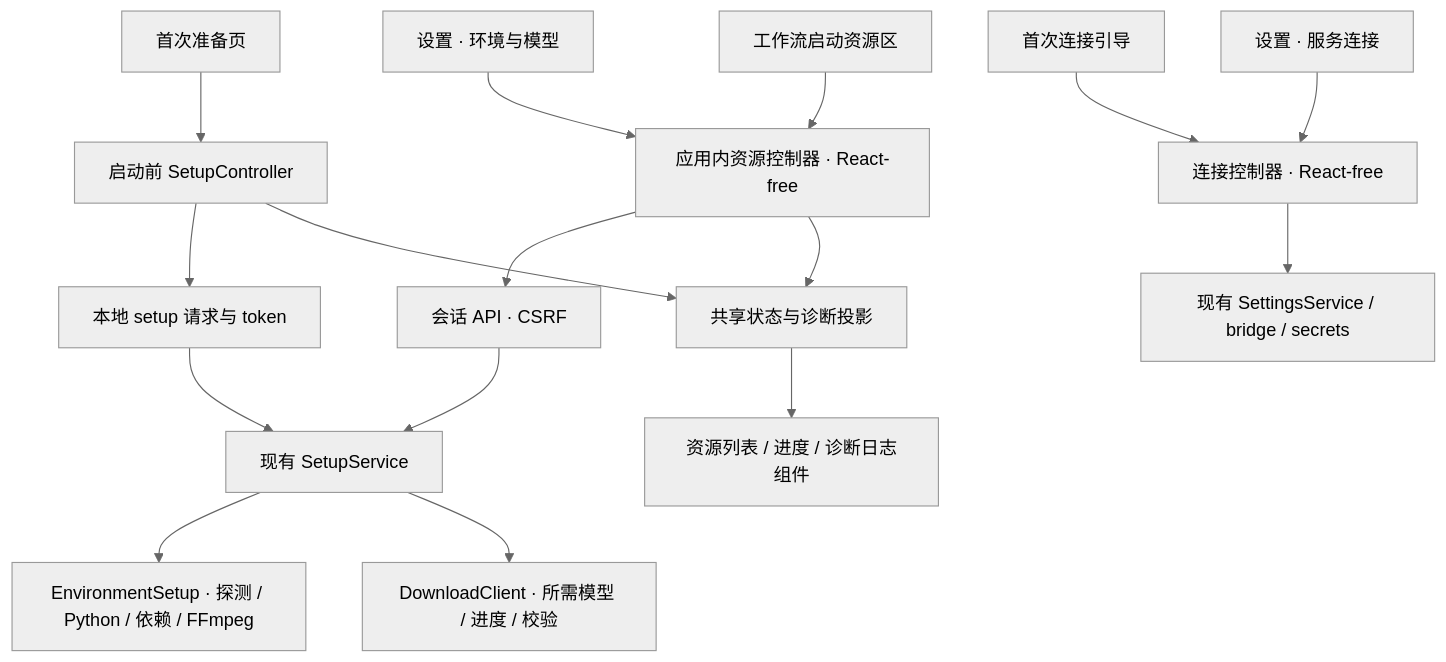
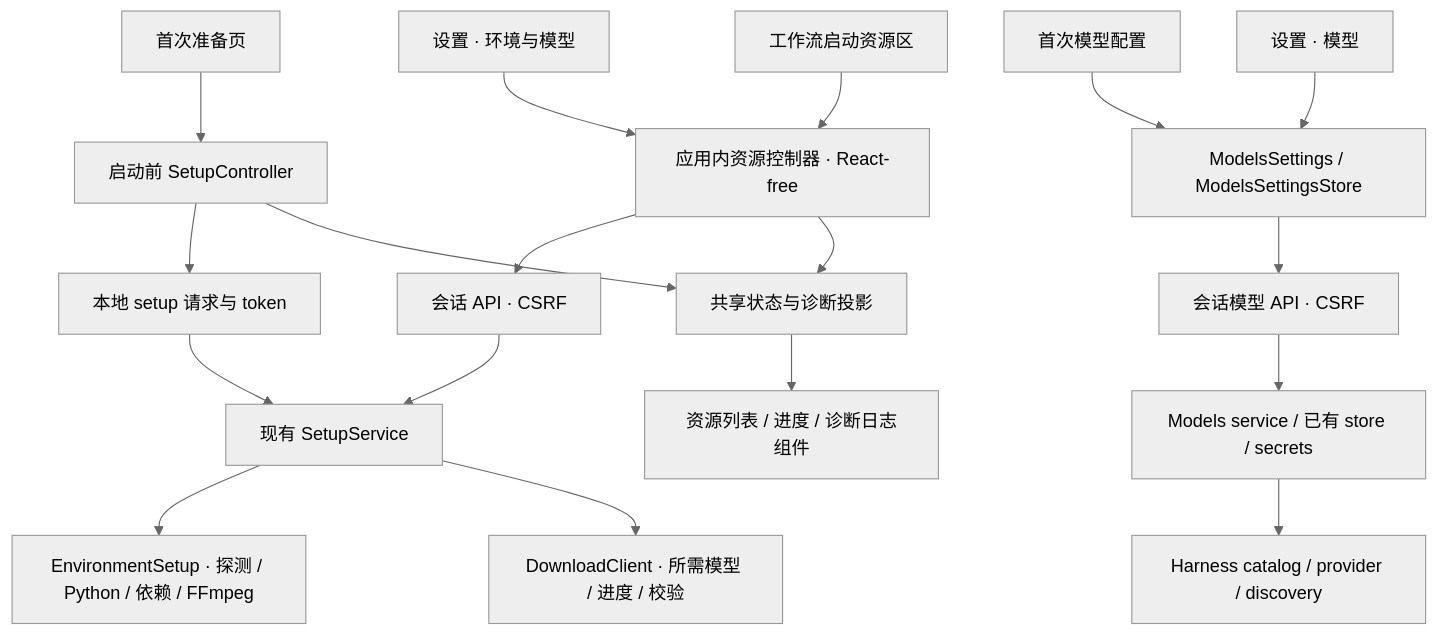
The diagram in docs/design/settings-and-setup-unification.md (liuzhao1225/YouDub-webui), drawn with Mermaid (neutral theme) before and after one commit. The commit also changed other lines of this file and 173 other files, not shown here.

````diff
--- a/docs/design/settings-and-setup-unification.md
+++ b/docs/design/settings-and-setup-unification.md
@@ -165,18 +164,20 @@
 ```mermaid
 flowchart TB
     Gate[首次准备页] --> BC[启动前 SetupController]
     ResourcePage[设置 · 环境与模型] --> RC
     Run[工作流启动资源区] --> RC
     BC --> BootAPI[本地 setup 请求与 token]
     RC[应用内资源控制器 · React-free] --> AppAPI[会话 API · CSRF]
     BootAPI --> Setup[现有 SetupService]
     AppAPI --> Setup
     Setup --> Env[EnvironmentSetup · 探测 / Python / 依赖 / FFmpeg]
     Setup --> Downloads[DownloadClient · 所需模型 / 进度 / 校验]
-    Welcome[首次连接引导] --> CC[连接控制器 · React-free]
-    Connections[设置 · 服务连接] --> CC
-    CC --> Settings[现有 SettingsService / bridge / secrets]
+    Welcome[首次模型配置] --> MC[ModelsSettings / ModelsSettingsStore]
+    Models[设置 · 模型] --> MC
+    MC --> ModelAPI[会话模型 API · CSRF]
+    ModelAPI --> ModelService[Models service / 已有 store / secrets]
+    ModelService --> Harness[Harness catalog / provider / discovery]
     RC --> Snapshot[共享状态与诊断投影]
     BC --> Snapshot
     Snapshot --> UI[资源列表 / 进度 / 诊断日志组件]
 ```
````
